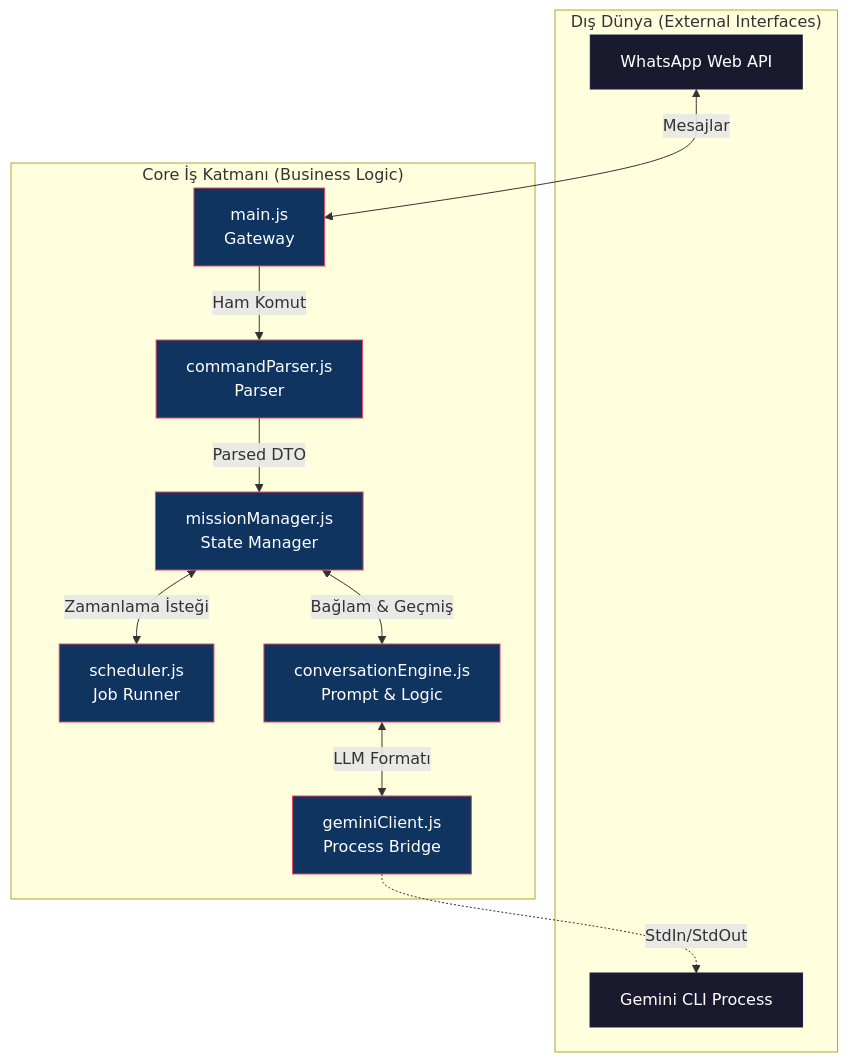
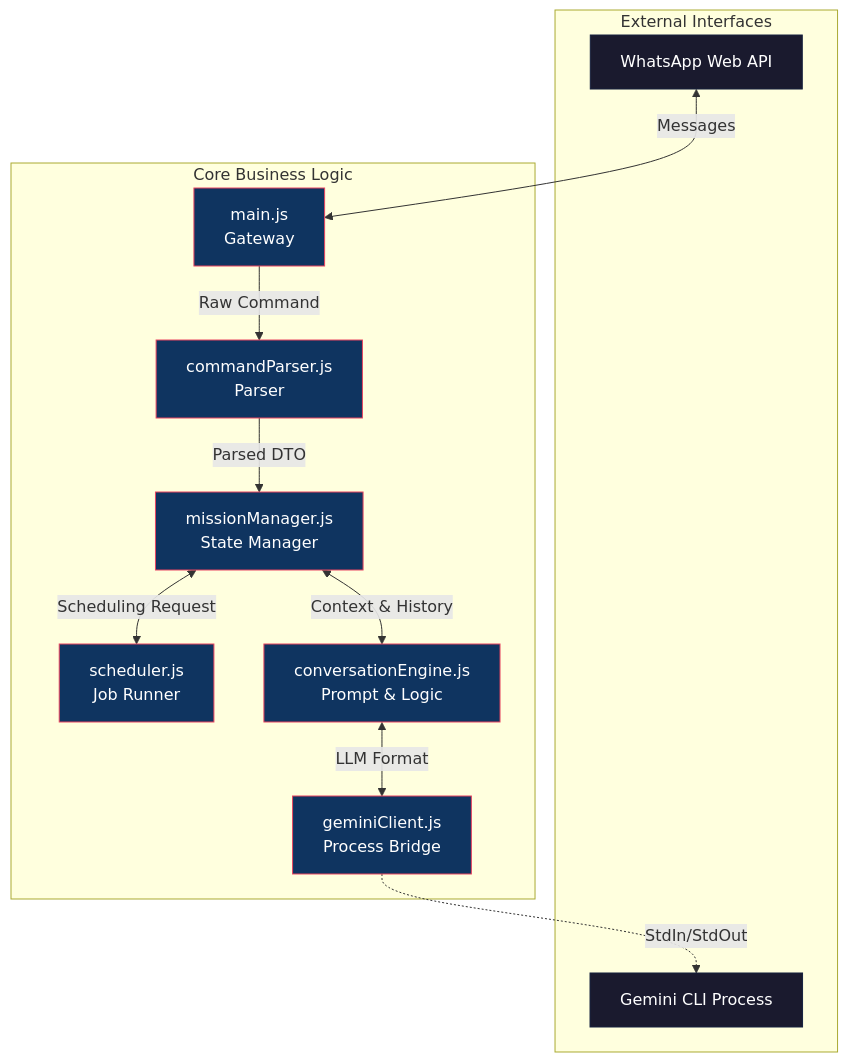
Before and after one commit to SERDAR-AKIN/whatsapp: the first of 3 diagrams in ARCHITECTURE.md, drawn with Mermaid. The commit also changed other lines of this file and 13 other files, not shown here.

````diff
--- a/ARCHITECTURE.md
+++ b/ARCHITECTURE.md
@@ -9,29 +9,29 @@
 ```mermaid
 graph TD
-    subgraph "Dış Dünya (External Interfaces)"
+    subgraph "External Interfaces"
         WA[WhatsApp Web API]
         CLI[Gemini CLI Process]
     end
 
-    subgraph "Core İş Katmanı (Business Logic)"
+    subgraph "Core Business Logic"
         M[main.js<br>Gateway]
         CP[commandParser.js<br>Parser]
         MM[missionManager.js<br>State Manager]
         SCH[scheduler.js<br>Job Runner]
         CE[conversationEngine.js<br>Prompt & Logic]
         GC[geminiClient.js<br>Process Bridge]
     end
 
-    WA <-->|Mesajlar| M
-    M -->|Ham Komut| CP
+    WA <-->|Messages| M
+    M -->|Raw Command| CP
     CP -->|Parsed DTO| MM
-    MM <-->|Zamanlama İsteği| SCH
-    MM <-->|Bağlam & Geçmiş| CE
-    CE <-->|LLM Formatı| GC
+    MM <-->|Scheduling Request| SCH
+    MM <-->|Context & History| CE
+    CE <-->|LLM Format| GC
     GC -.->|StdIn/StdOut| CLI
 
     classDef core fill:#0f3460,stroke:#e94560,color:#fff
     classDef ext fill:#1a1a2e,stroke:#16213e,color:#fff
     class M,CP,MM,SCH,CE,GC core
     class WA,CLI ext
 ```
````
